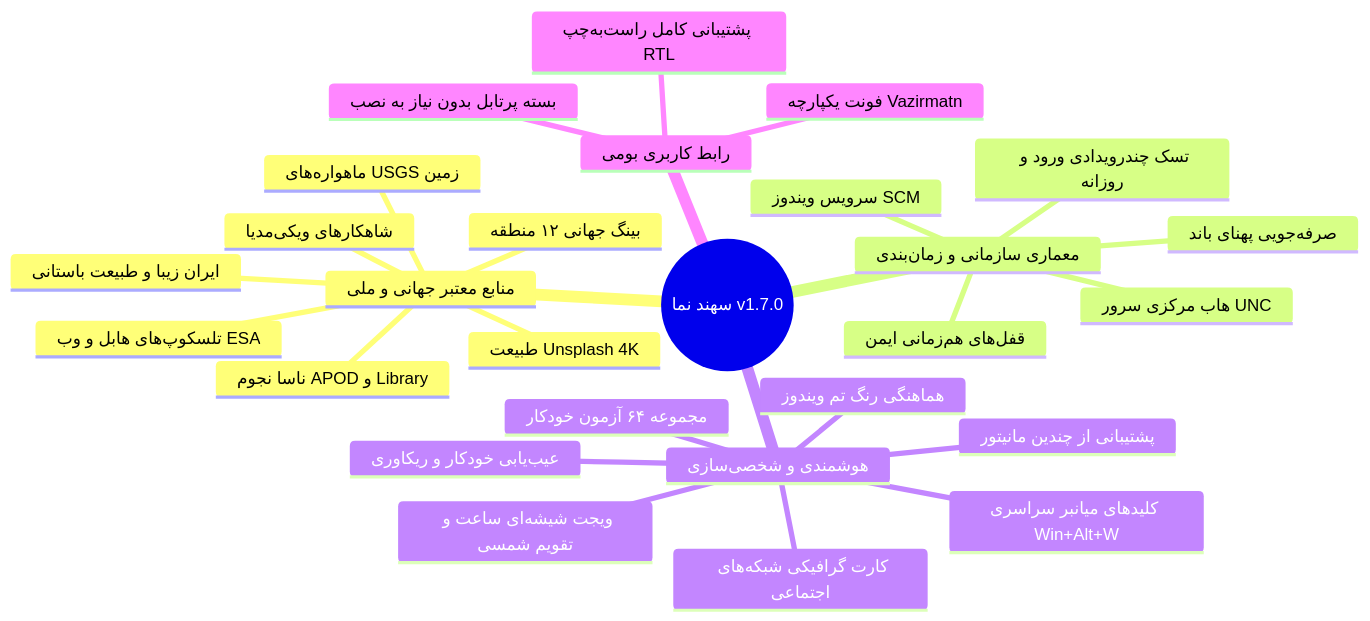
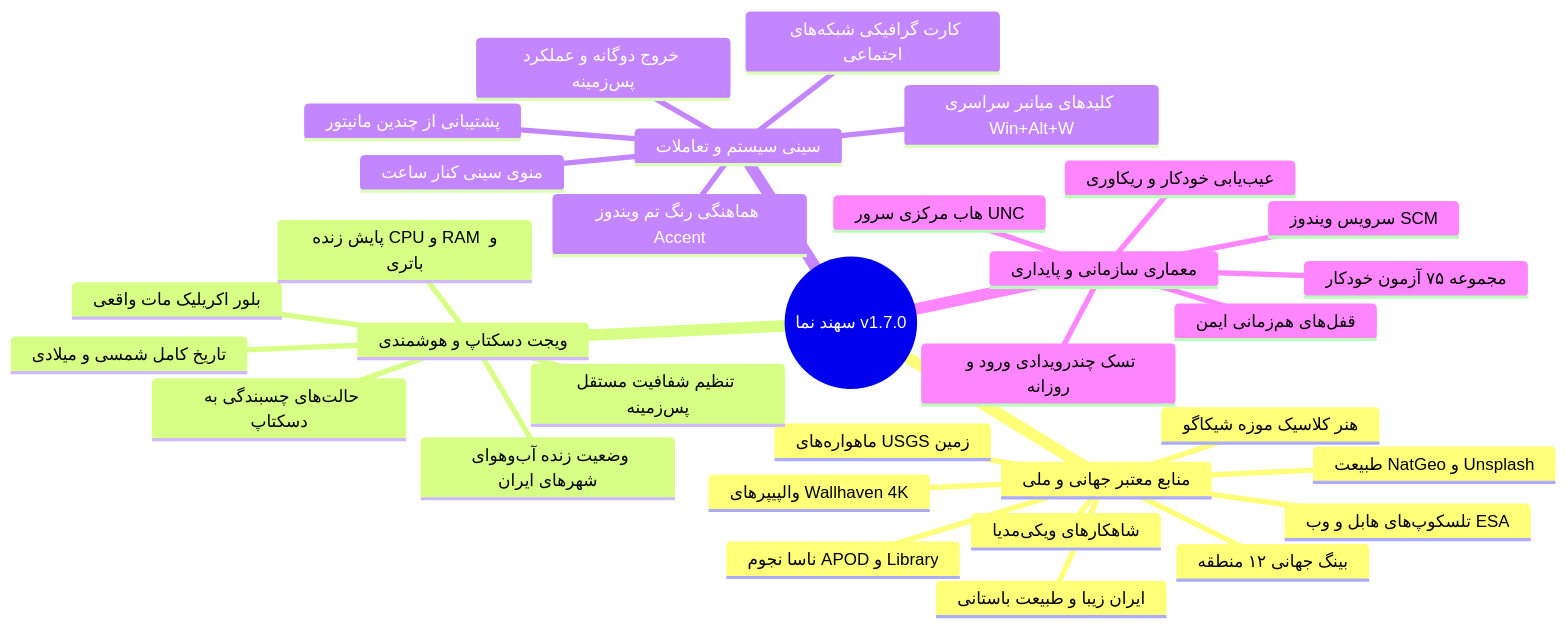
One commit to taimazus/SetWinWallpaper changed the diagram in docs/wiki/Home.md. Above: the diagram before and after it, drawn with Mermaid. The commit also changed other lines of this file and 14 other files, not shown here.

Commit message:
docs: synchronize README, architecture, CLI, sources, and wiki with v1.7.0 features and 75 tests

````diff
--- a/docs/wiki/Home.md
+++ b/docs/wiki/Home.md
@@ -22,30 +22,35 @@
 ```mermaid
 mindmap
   root((سهند نما v1.7.0))
     منابع معتبر جهانی و ملی
       بینگ جهانی ۱۲ منطقه
       ایران زیبا و طبیعت باستانی
+      والپیپرهای Wallhaven 4K
+      هنر کلاسیک موزه شیکاگو
+      طبیعت NatGeo و Unsplash
       ناسا نجوم APOD و Library
       تلسکوپ‌های هابل و وب ESA
-      طبیعت Unsplash 4K
       شاهکارهای ویکی‌مدیا
       ماهواره‌های USGS زمین
-    معماری سازمانی و زمان‌بندی
+    ویجت دسکتاپ و هوشمندی
+      بلور اکریلیک مات واقعی
+      تاریخ کامل شمسی و میلادی
+      وضعیت زنده آب‌وهوای شهرهای ایران
+      پایش زنده CPU و RAM و باتری
+      تنظیم شفافیت مستقل پس‌زمینه
+      حالت‌های چسبندگی به دسکتاپ
+    سینی سیستم و تعاملات
+      منوی سینی کنار ساعت
+      خروج دوگانه و عملکرد پس‌زمینه
+      کلیدهای میانبر سراسری Win+Alt+W
+      هماهنگی رنگ تم ویندوز Accent
+      کارت گرافیکی شبکه‌های اجتماعی
+      پشتیبانی از چندین مانیتور
+    معماری سازمانی و پایداری
       هاب مرکزی سرور UNC
       سرویس ویندوز SCM
       تسک چندرویدادی ورود و روزانه
       قفل‌های هم‌زمانی ایمن
-      صرفه‌جویی پهنای باند
-    هوشمندی و شخصی‌سازی
-      ویجت شیشه‌ای ساعت و تقویم شمسی
-      کلیدهای میانبر سراسری Win+Alt+W
-      هماهنگی رنگ تم ویندوز
-      کارت گرافیکی شبکه‌های اجتماعی
-      پشتیبانی از چندین مانیتور
       عیب‌یابی خودکار و ریکاوری
-      مجموعه ۶۴ آزمون خودکار
-    رابط کاربری بومی
-      پشتیبانی کامل راست‌به‌چپ RTL
-      فونت یکپارچه Vazirmatn
-      بسته پرتابل بدون نیاز به نصب
+      مجموعه ۷۵ آزمون خودکار
 ```
````
